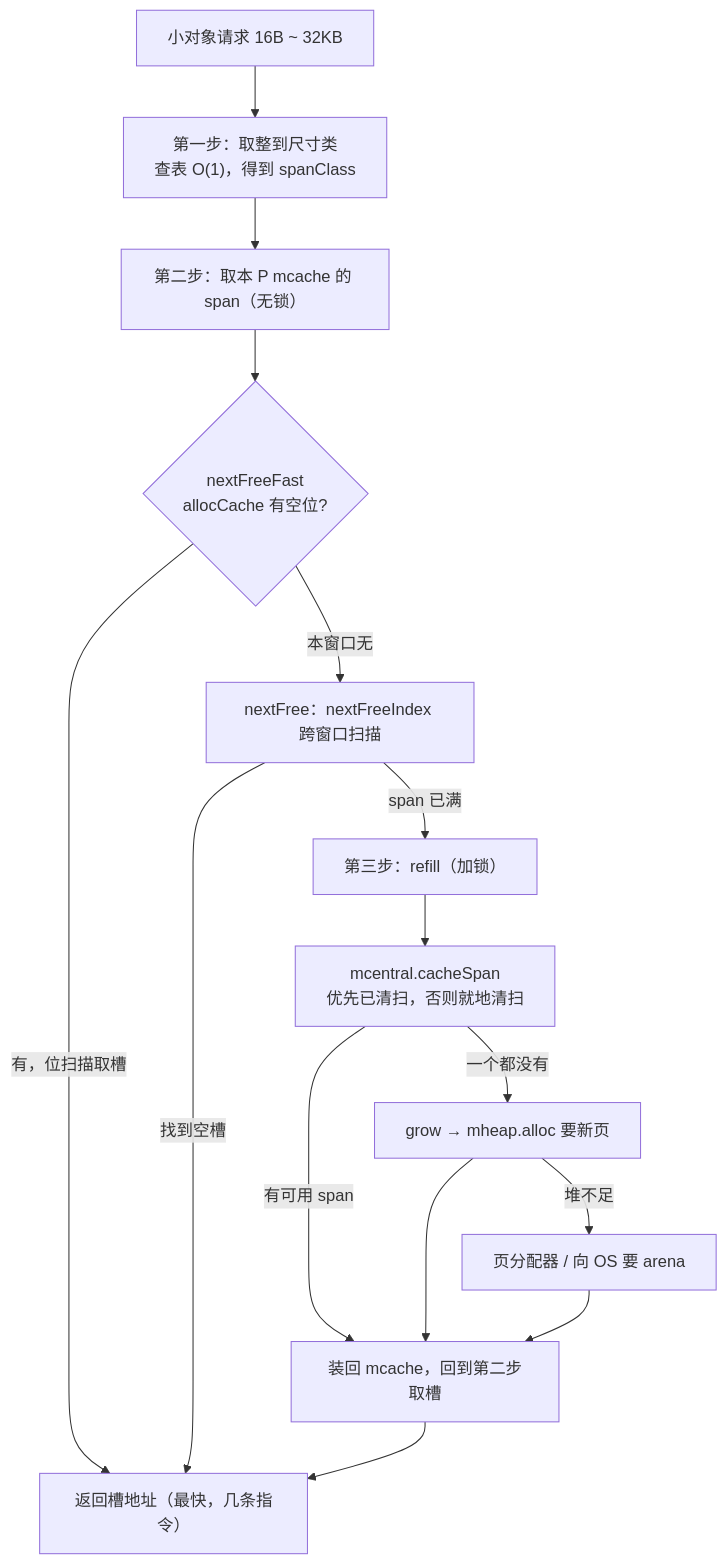
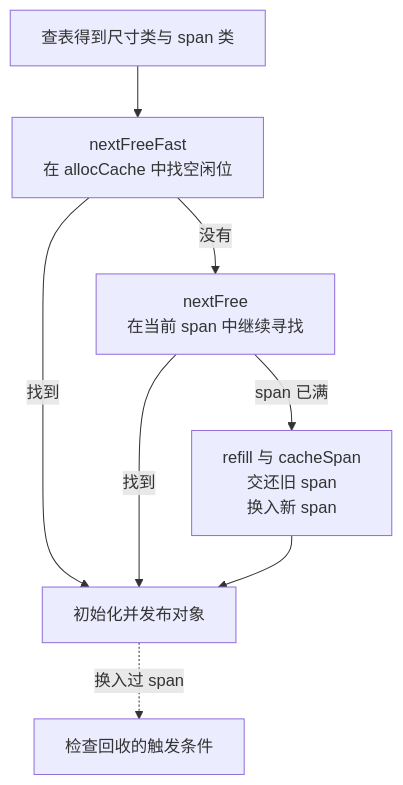
The diagram in book/zh-cn/part4memory/ch12alloc/smallalloc.md (golang-design/under-the-hood), drawn with Mermaid before and after one commit. The commit also changed other lines of this file and 9 other files, not shown here.

````diff
--- a/book/zh-cn/part4memory/ch12alloc/smallalloc.md
+++ b/book/zh-cn/part4memory/ch12alloc/smallalloc.md
@@ -237,17 +16,10 @@
 ```mermaid
 flowchart TD
-    REQ["小对象请求 16B ~ 32KB"] --> SC["第一步：取整到尺寸类<br/>查表 O(1)，得到 spanClass"]
-    SC --> MC["第二步：取本 P mcache 的 span（无锁）"]
-    MC --> FAST{"nextFreeFast<br/>allocCache 有空位?"}
-    FAST -->|有，位扫描取槽| DONE["返回槽地址（最快，几条指令）"]
-    FAST -->|本窗口无| NF["nextFree：nextFreeIndex 跨窗口扫描"]
-    NF -->|找到空槽| DONE
-    NF -->|span 已满| REFILL["第三步：refill（加锁）"]
-    REFILL --> CENT["mcentral.cacheSpan<br/>优先已清扫，否则就地清扫"]
-    CENT -->|有可用 span| BACK["装回 mcache，回到第二步取槽"]
-    CENT -->|一个都没有| GROW["grow → mheap.alloc 要新页"]
-    GROW -->|堆不足| OS["页分配器 / 向 OS 要 arena"]
-    GROW --> BACK
-    OS --> BACK
-    BACK --> DONE
+    SC["查表得到尺寸类与 span 类"] --> FF["nextFreeFast<br/>在 allocCache 中找空闲位"]
+    FF -->|找到| INIT["初始化并发布对象"]
+    FF -->|没有| NF["nextFree<br/>在当前 span 中继续寻找"]
+    NF -->|找到| INIT
+    NF -->|span 已满| RF["refill 与 cacheSpan<br/>交还旧 span<br/>换入新 span"]
+    RF --> INIT
+    INIT -.->|换入过 span| TR["检查回收的触发条件"]
 ```
````
